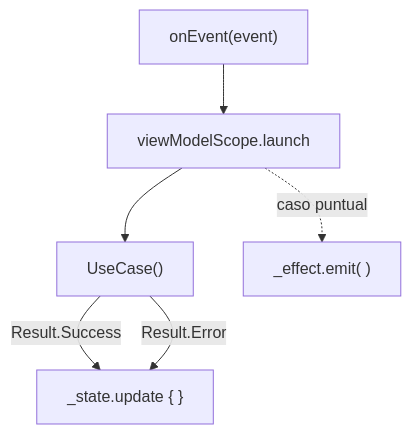
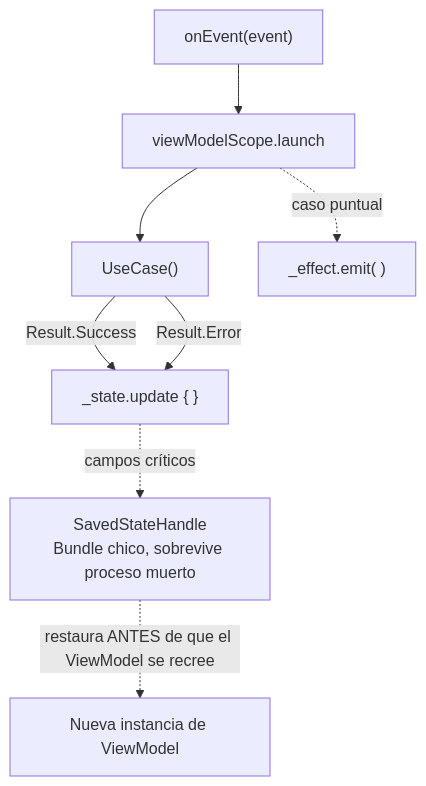
The diagram in 06_presentation_mvi/viewmodel.md (t1agosa/KMPro), drawn with Mermaid before and after one commit. The commit also changed other lines of this file and 8 other files, not shown here.

````diff
--- a/06_presentation_mvi/viewmodel.md
+++ b/06_presentation_mvi/viewmodel.md
@@ -5,8 +5,10 @@
 ```mermaid
 flowchart TD
     EVENT["onEvent(event)"] --> SCOPE["viewModelScope.launch"]
     SCOPE --> UC["UseCase()"]
     UC -- "Result.Success" --> UPDATE["_state.update { }"]
     UC -- "Result.Error" --> UPDATE
     SCOPE -. "caso puntual" .-> EMIT["_effect.emit( )"]
+    UPDATE -. "campos críticos" .-> SAVED["SavedStateHandle<br/>Bundle chico, sobrevive proceso muerto"]
+    SAVED -. "restaura ANTES de que el ViewModel se recree" .-> NEWVM["Nueva instancia de ViewModel"]
 ```
````
